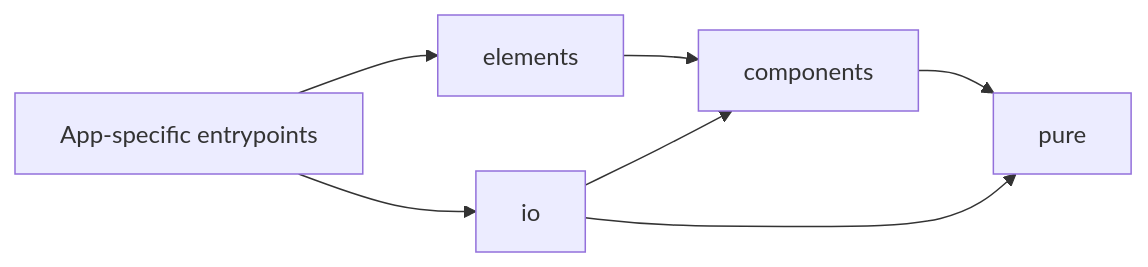
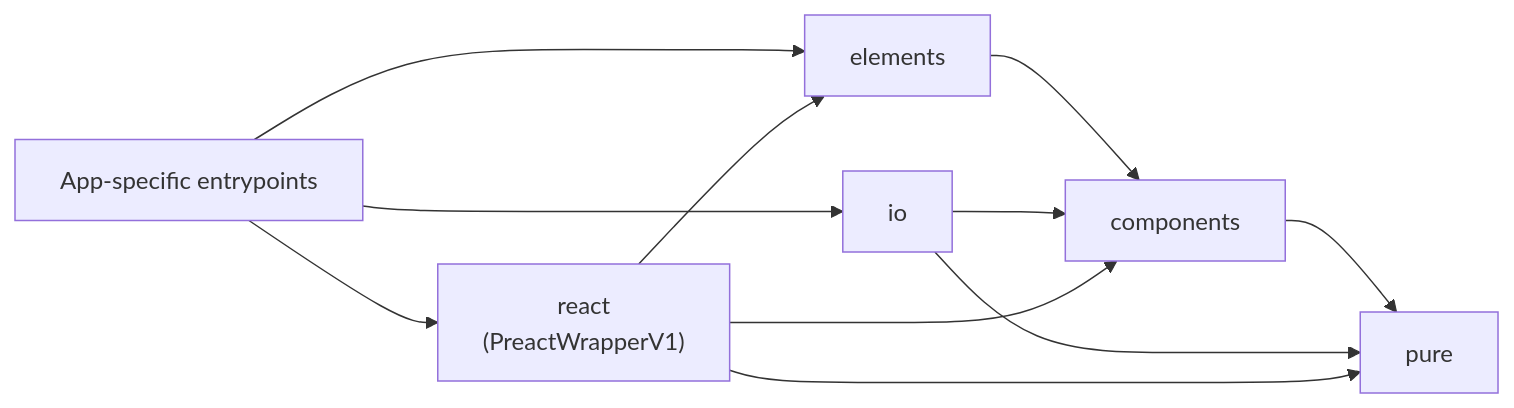
Before and after one commit to nijiurachan/nijiurachan-js: the diagram in docs/specs/ARCHITECTURE_PHASE1_TO_PHASE4.md, drawn with Mermaid. The commit also changed other lines of this file and 10 other files, not shown here.

First line of the commit message:
docs(PreactWrapperV1): 基盤系docsへ react/ 層を追記し内部ずれを解消

````diff
--- a/docs/specs/ARCHITECTURE_PHASE1_TO_PHASE4.md
+++ b/docs/specs/ARCHITECTURE_PHASE1_TO_PHASE4.md
@@ -13,9 +13,13 @@
 ```mermaid
 flowchart LR
     App["App-specific entrypoints"] --> Elements["elements"]
     App --> IO["io"]
+    App --> React["react<br>(PreactWrapperV1)"]
     Elements --> Components["components"]
     IO --> Components
     Components --> Pure["pure"]
     IO --> Pure
+    React --> Elements
+    React --> Components
+    React --> Pure
 ```
````
